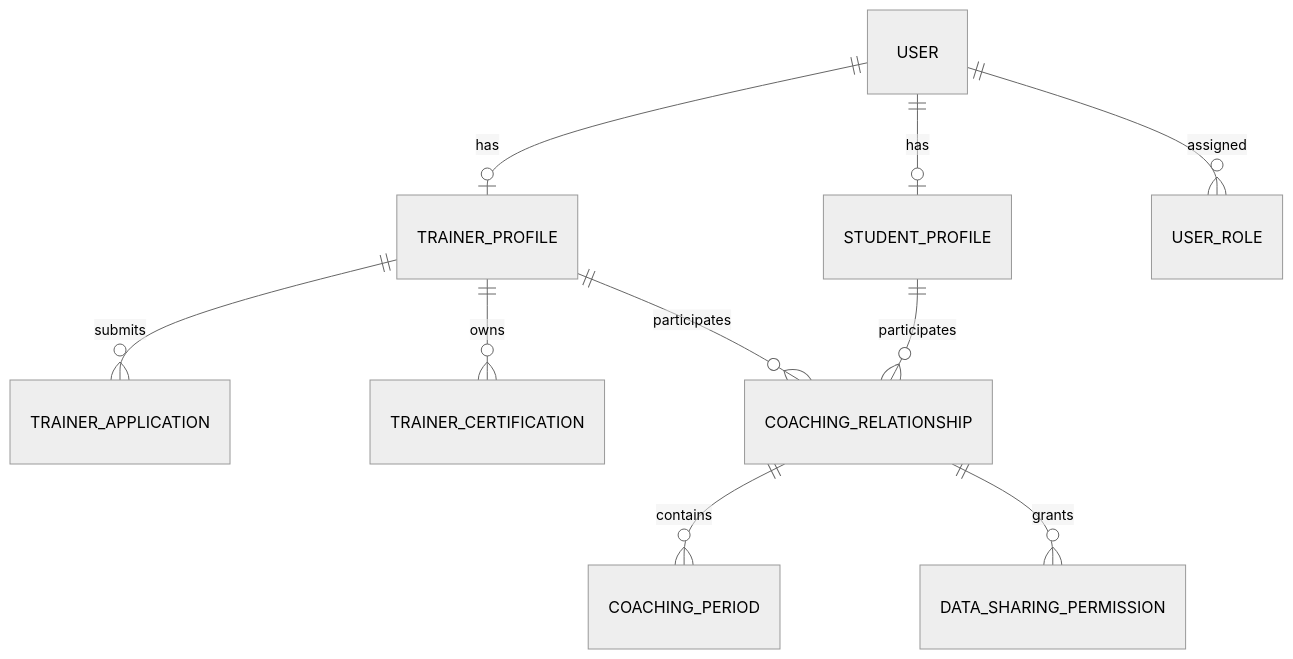
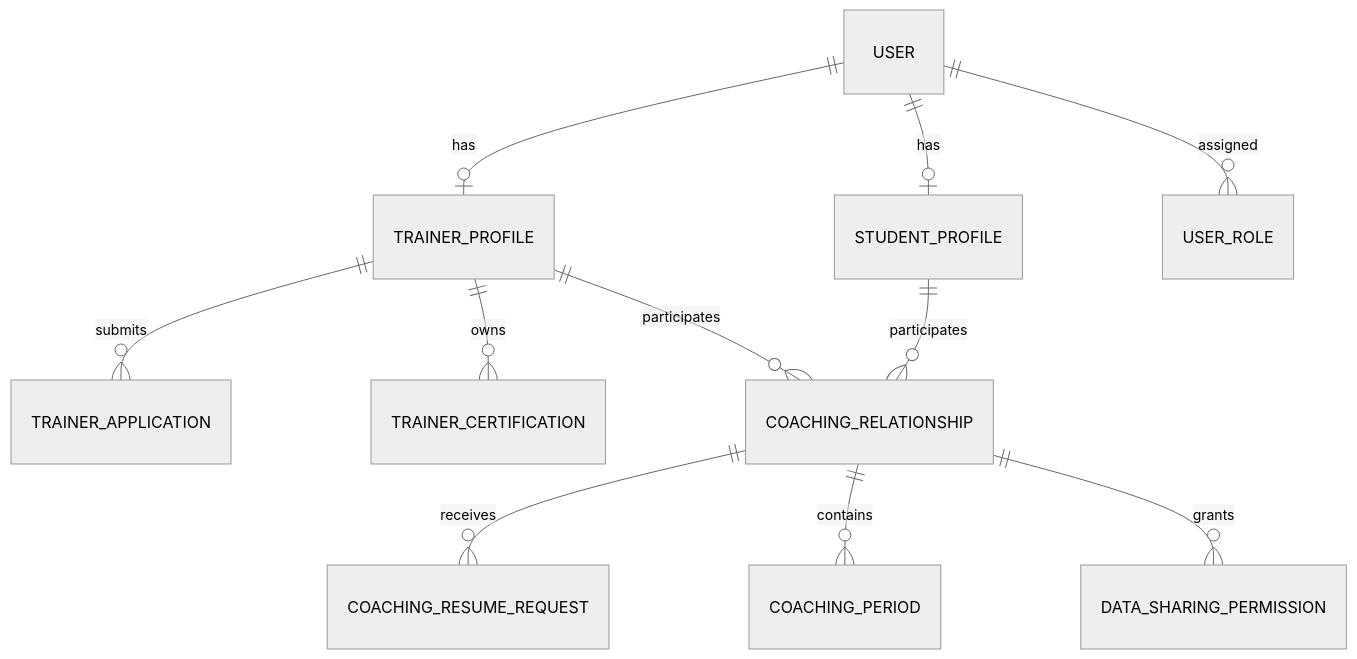
The first of 2 diagrams in docs/04-database/data-model.md (Ducbaynao/ai-integrated-personalized-online-fitness-coaching-system), drawn with Mermaid (neutral theme) before and after one commit. The commit also changed other lines of this file and 24 other files, not shown here.

Commit message:
feat(coaching): implement relationship lifecycle

````diff
--- a/docs/04-database/data-model.md
+++ b/docs/04-database/data-model.md
@@ -7,12 +7,13 @@
 ```mermaid
 erDiagram
     USER ||--o| STUDENT_PROFILE : has
     USER ||--o| TRAINER_PROFILE : has
     USER ||--o{ USER_ROLE : assigned
     TRAINER_PROFILE ||--o{ TRAINER_APPLICATION : submits
     TRAINER_PROFILE ||--o{ TRAINER_CERTIFICATION : owns
     STUDENT_PROFILE ||--o{ COACHING_RELATIONSHIP : participates
     TRAINER_PROFILE ||--o{ COACHING_RELATIONSHIP : participates
+    COACHING_RELATIONSHIP ||--o{ COACHING_RESUME_REQUEST : receives
     COACHING_RELATIONSHIP ||--o{ COACHING_PERIOD : contains
     COACHING_RELATIONSHIP ||--o{ DATA_SHARING_PERMISSION : grants
 ```
````
